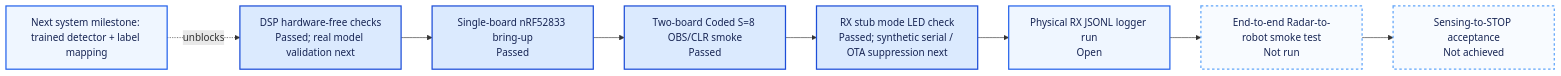
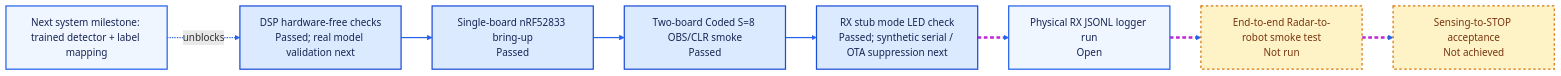
One commit to kirolossedra/RIS-Robotics changed diagram 16 of 21 in docs/architecture/system/progress.md. Above: the diagram before and after it, drawn with Mermaid. The commit also changed other lines of this file, not shown here.

````diff
--- a/docs/architecture/system/progress.md
+++ b/docs/architecture/system/progress.md
@@ -296,17 +351,19 @@
 ```mermaid
 flowchart LR
     DSP["DSP hardware-free checks<br/>Passed; real model validation next"] --> BOARD["Single-board nRF52833 bring-up<br/>Passed"]
     BOARD --> LINK["Two-board Coded S=8 OBS/CLR smoke<br/>Passed"]
     LINK --> STUB["RX stub mode LED check<br/>Passed; synthetic serial / OTA suppression next"]
     STUB --> HOST["Physical RX JSONL logger run<br/>Open"]
     HOST --> E2E["End-to-end Radar-to-robot smoke test<br/>Not run"]
     E2E --> ACCEPT["Sensing-to-STOP acceptance<br/>Not achieved"]
     NEXT["Next system milestone: trained detector + label mapping"] -. "unblocks" .-> DSP
 
     classDef pass fill:#dbeafe,stroke:#1d4ed8,color:#172554,stroke-width:2px;
     classDef work fill:#eff6ff,stroke:#2563eb,color:#172554,stroke-width:2px;
-    classDef planned fill:#f8fbff,stroke:#60a5fa,color:#172554,stroke-width:2px,stroke-dasharray:4 4;
+    classDef planned fill:#fef3c7,stroke:#d97706,color:#78350f,stroke-width:2px,stroke-dasharray:4 4;
     class DSP,BOARD,LINK,STUB pass;
     class HOST,NEXT work;
     class E2E,ACCEPT planned;
+    linkStyle default stroke:#2563eb,stroke-width:2px;
+    linkStyle 3,4,5 stroke:#c026d3,stroke-width:4px,stroke-dasharray:6 4;
 ```
````
